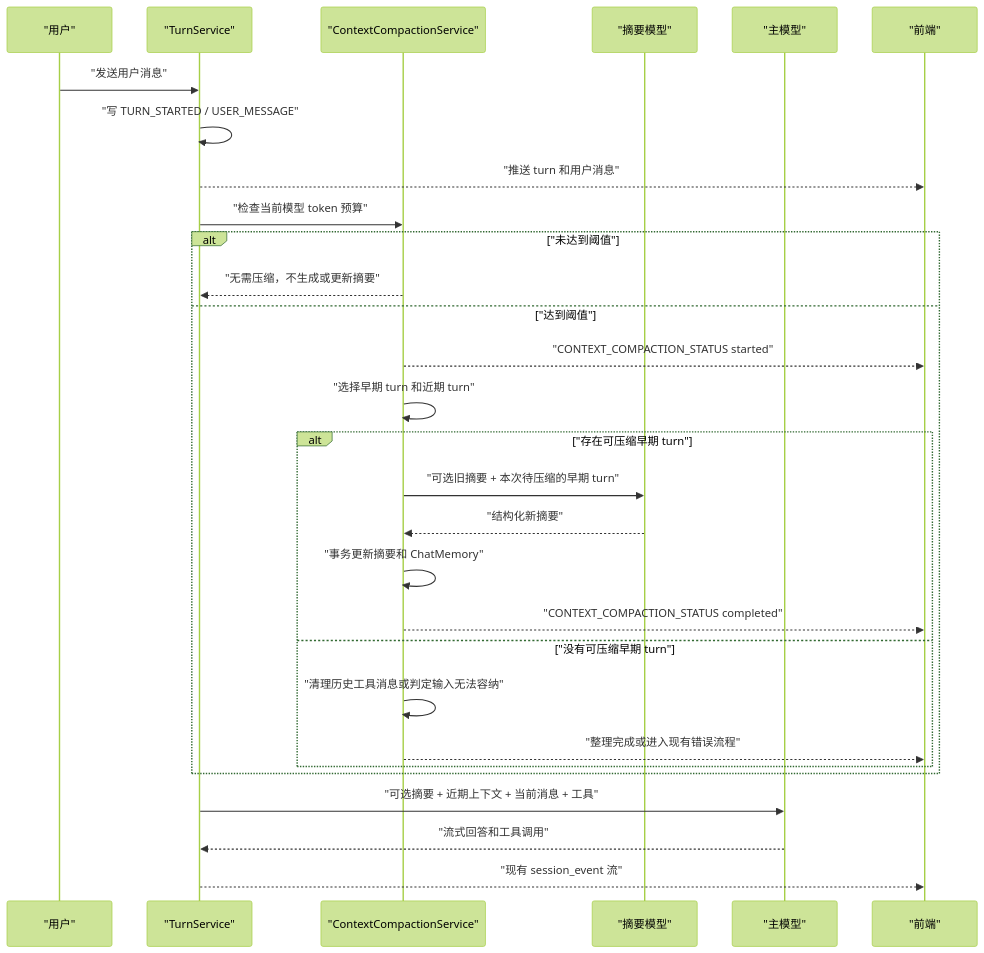
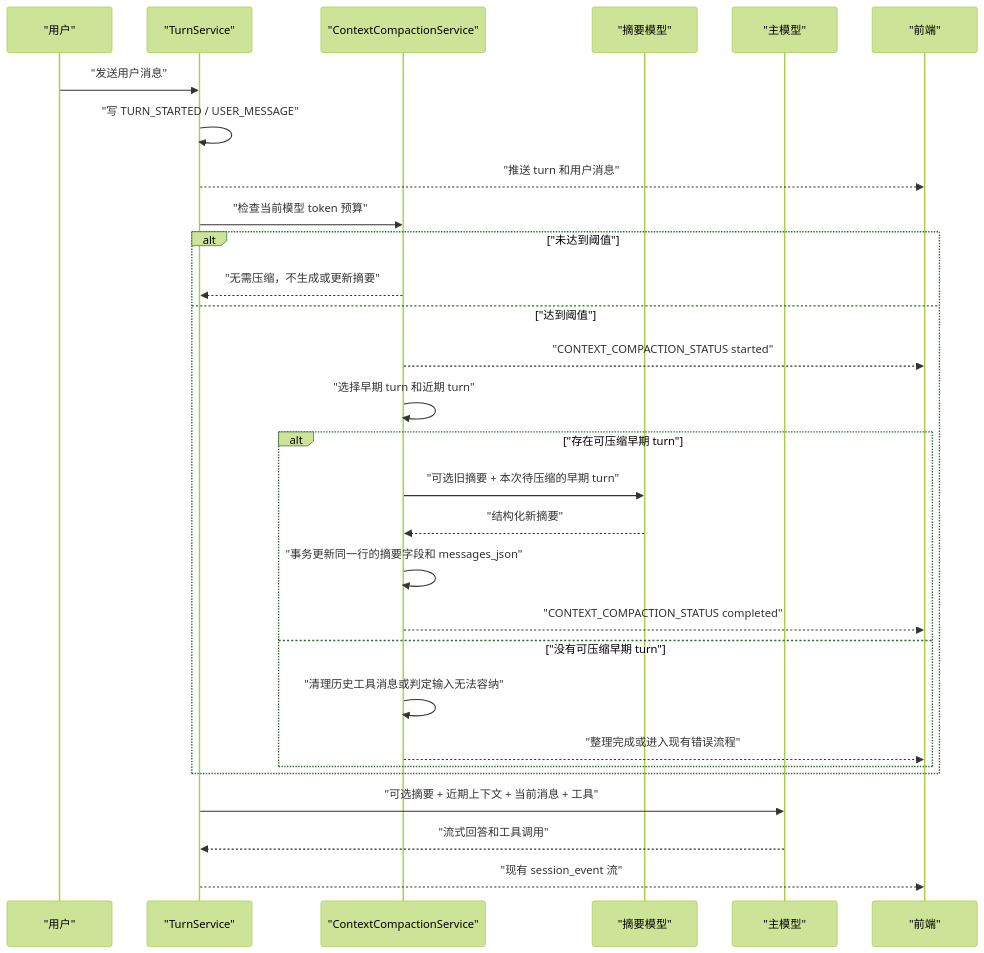
The third of 3 diagrams in docs/session-context-memory-design.md (gotosan/mboo-code), drawn with Mermaid (forest theme) before and after one commit. The commit also changed other lines of this file, not shown here.

````diff
--- a/docs/session-context-memory-design.md
+++ b/docs/session-context-memory-design.md
@@ -439,32 +438,32 @@
 ```mermaid
 sequenceDiagram
     participant U as "用户"
     participant T as "TurnService"
     participant C as "ContextCompactionService"
     participant S as "摘要模型"
     participant M as "主模型"
     participant F as "前端"
 
     U->>T: "发送用户消息"
     T->>T: "写 TURN_STARTED / USER_MESSAGE"
     T-->>F: "推送 turn 和用户消息"
     T->>C: "检查当前模型 token 预算"
     alt "未达到阈值"
         C-->>T: "无需压缩，不生成或更新摘要"
     else "达到阈值"
         C-->>F: "CONTEXT_COMPACTION_STATUS started"
         C->>C: "选择早期 turn 和近期 turn"
         alt "存在可压缩早期 turn"
             C->>S: "可选旧摘要 + 本次待压缩的早期 turn"
             S-->>C: "结构化新摘要"
-            C->>C: "事务更新摘要和 ChatMemory"
+            C->>C: "事务更新同一行的摘要字段和 messages_json"
             C-->>F: "CONTEXT_COMPACTION_STATUS completed"
         else "没有可压缩早期 turn"
             C->>C: "清理历史工具消息或判定输入无法容纳"
             C-->>F: "整理完成或进入现有错误流程"
         end
     end
     T->>M: "可选摘要 + 近期上下文 + 当前消息 + 工具"
     M-->>T: "流式回答和工具调用"
     T-->>F: "现有 session_event 流"
 ```
````
